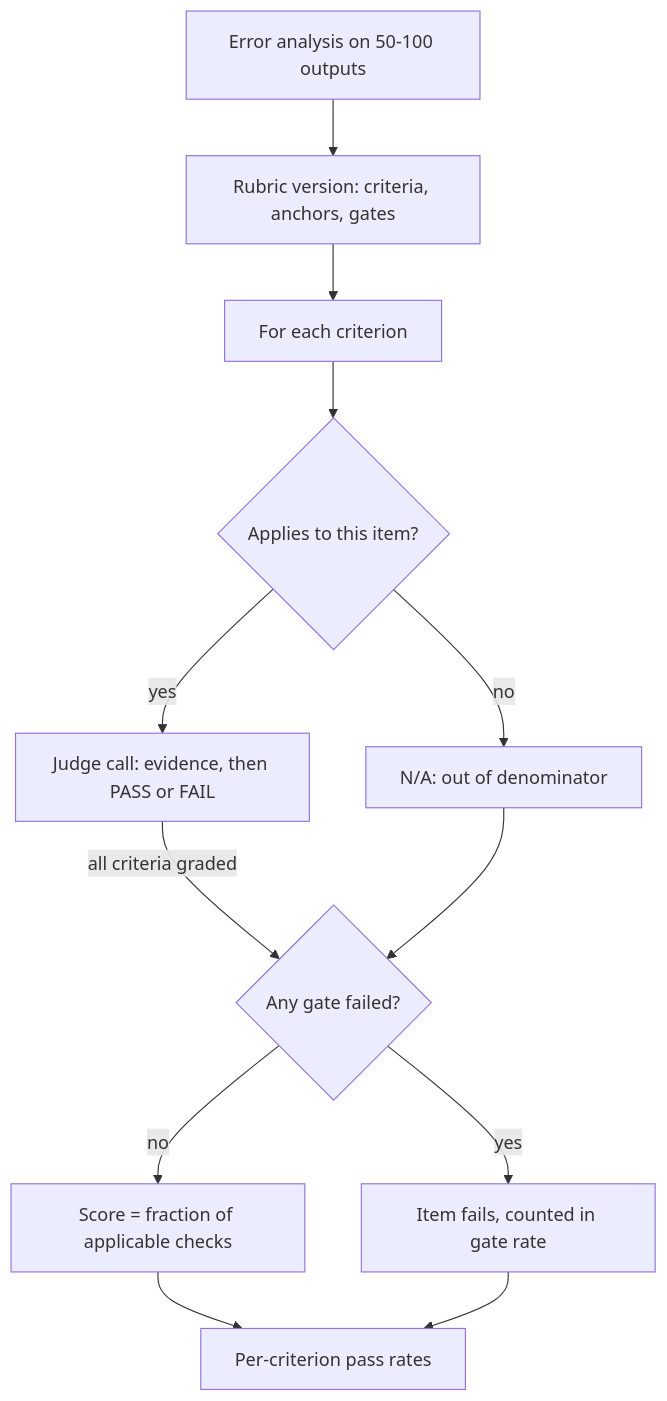
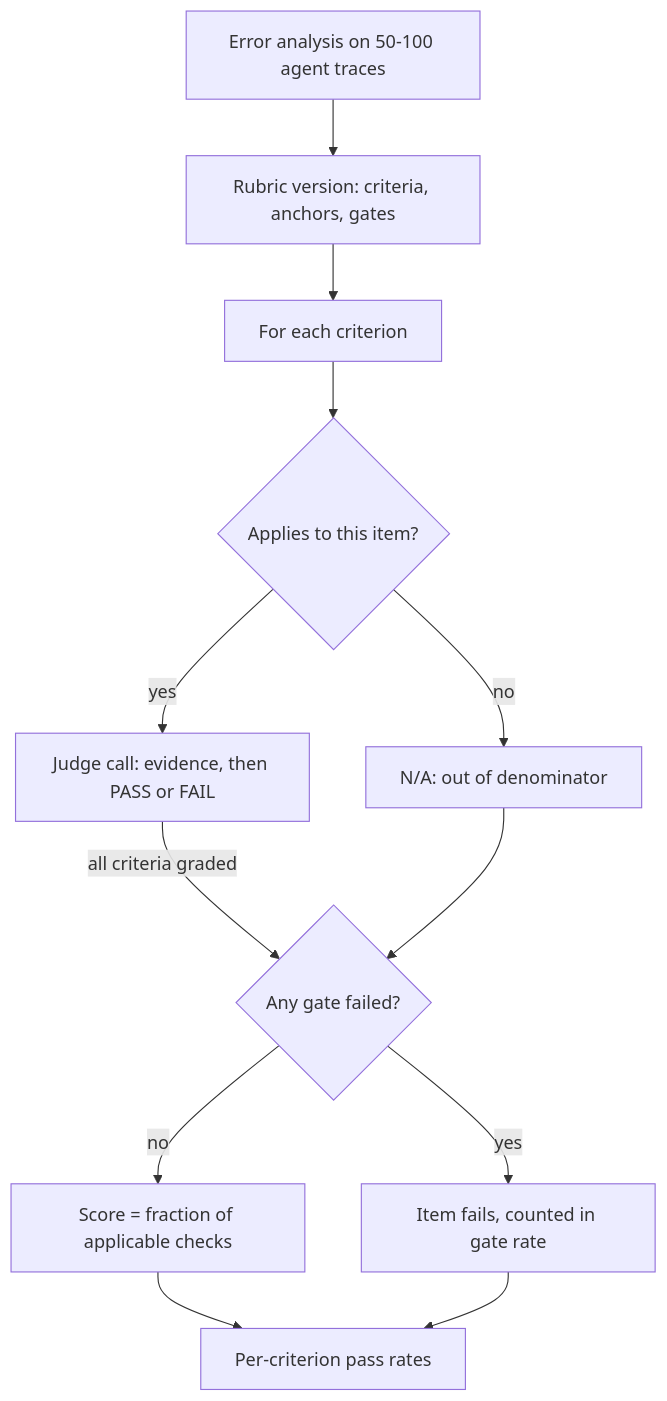
The diagram in content/evals/rubrics.md (lovishmahajan97/agentic-learning), drawn with Mermaid before and after one commit. The commit also changed other lines of this file and 266 other files, not shown here.

````diff
--- a/content/evals/rubrics.md
+++ b/content/evals/rubrics.md
@@ -132,14 +162,14 @@
 ```mermaid
 flowchart TD
-    E["Error analysis on 50-100 outputs"] --> R["Rubric version: criteria, anchors, gates"]
+    E["Error analysis on 50-100 agent traces"] --> R["Rubric version: criteria, anchors, gates"]
     R --> C["For each criterion"]
     C --> A{"Applies to this item?"}
     A -->|"no"| NA["N/A: out of denominator"]
     A -->|"yes"| J["Judge call: evidence, then PASS or FAIL"]
     J -->|"all criteria graded"| G{"Any gate failed?"}
     NA --> G
     G -->|"yes"| F["Item fails, counted in gate rate"]
     G -->|"no"| S["Score = fraction of applicable checks"]
     S --> D["Per-criterion pass rates"]
     F --> D
 ```
````
